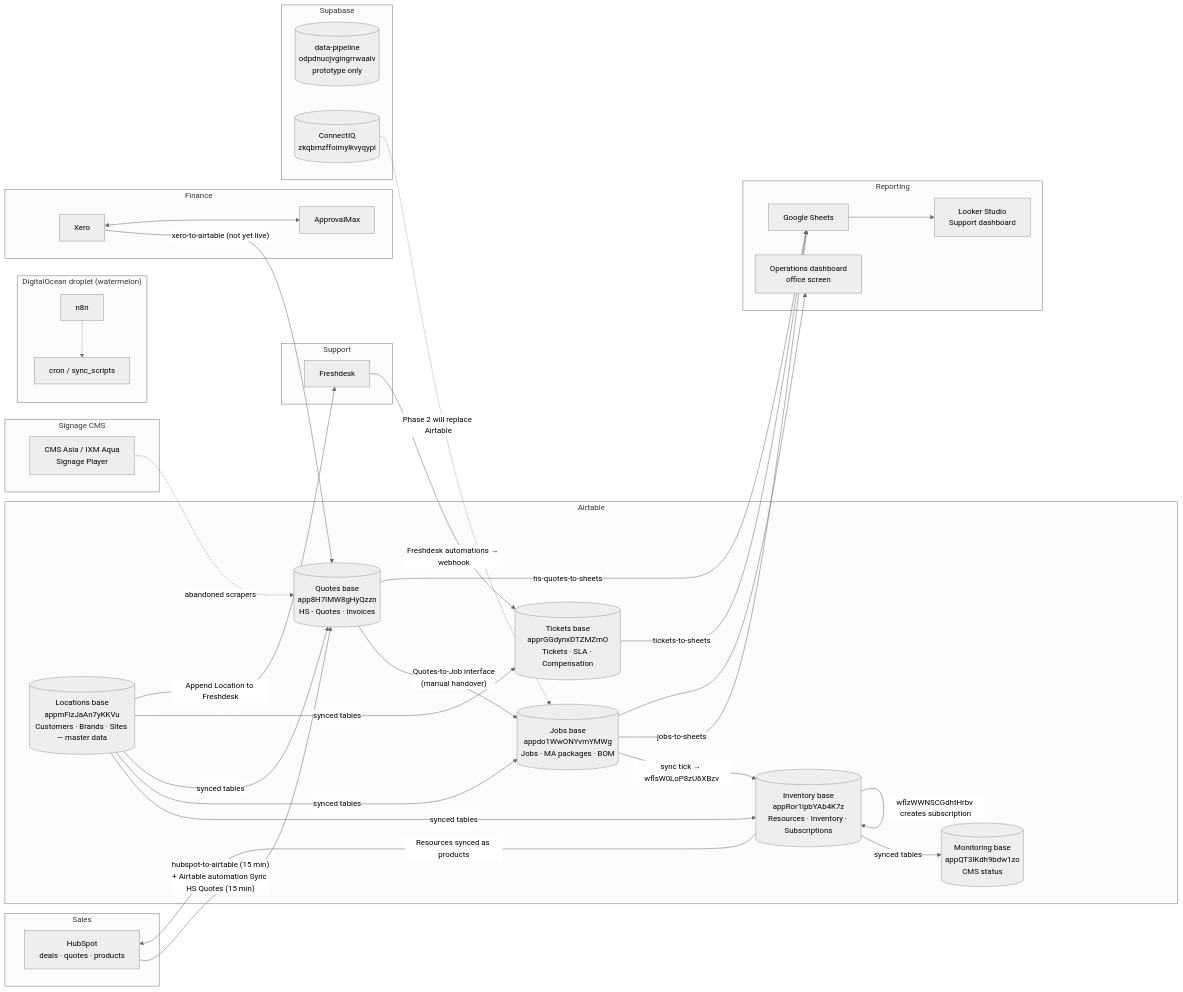
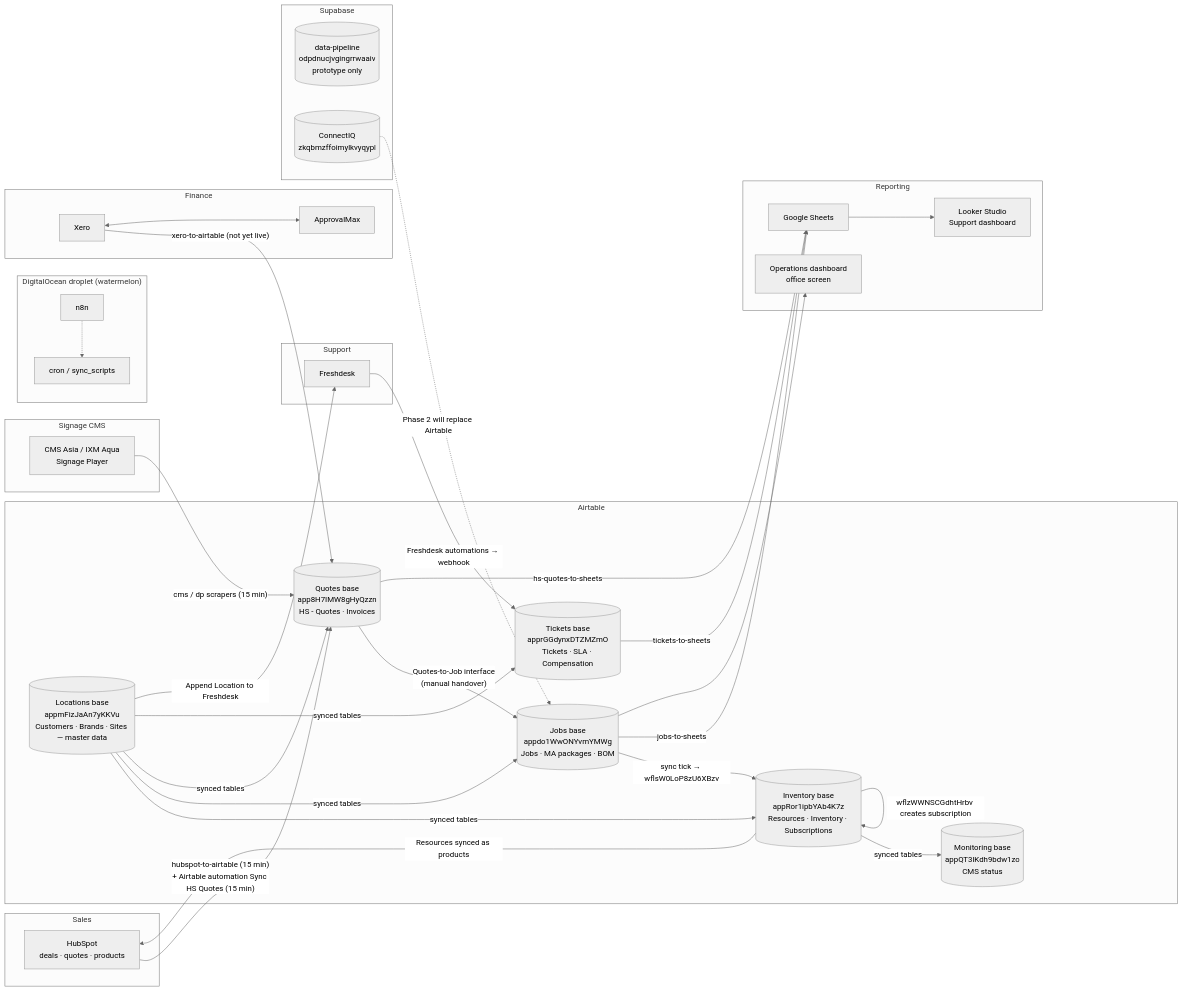
Before and after one commit to giant-pumpkin/boss-handover: the diagram in SYSTEM-MAP.md, drawn with Mermaid (neutral theme). The commit also changed 60 other files, not shown here.

````diff
--- a/SYSTEM-MAP.md
+++ b/SYSTEM-MAP.md
@@ -5,69 +5,69 @@
 ```mermaid
 flowchart LR
     subgraph Sales
         HS[HubSpot<br/>deals · quotes · products]
     end
 
     subgraph Airtable
         INV[(Inventory base<br/>appRor1ipbYAb4K7z<br/>Resources · Inventory · Subscriptions)]
         QUO[(Quotes base<br/>app8H7IMW8gHyQzzn<br/>HS - Quotes · Invoices)]
         JOB[(Jobs base<br/>appdo1WwONYvmYMWg<br/>Jobs · MA packages · BOM)]
         TIX[(Tickets base<br/>apprGGdynxDTZMZmO<br/>Tickets · SLA · Compensation)]
         LOC[(Locations base<br/>appmFizJaAn7yKKVu<br/>Customers · Brands · Sites — master data)]
         MON[(Monitoring base<br/>appQT3lKdh9bdw1zo<br/>CMS status)]
     end
 
     subgraph Support
         FD[Freshdesk]
     end
 
     subgraph Finance
         XERO[Xero]
         AM[ApprovalMax]
     end
 
     subgraph Droplet["DigitalOcean droplet (watermelon)"]
         N8N[n8n]
         CRON[cron / sync_scripts]
     end
 
     subgraph Supabase
         SB1[(data-pipeline<br/>odpdnucjvgingrrwaaiv<br/>prototype only)]
         SB2[(ConnectIQ<br/>zkqbmzffoimylkvyqypl)]
     end
 
     subgraph Reporting
         SH[Google Sheets]
         LS[Looker Studio<br/>Support dashboard]
         OPS[Operations dashboard<br/>office screen]
     end
 
     subgraph Signage["Signage CMS"]
         CMS[CMS Asia / IXM Aqua<br/>Signage Player]
     end
 
     LOC -- "synced tables" --> INV
     LOC -- "synced tables" --> JOB
     LOC -- "synced tables" --> QUO
     LOC -- "synced tables" --> TIX
     LOC -- "Append Location to Freshdesk" --> FD
     INV -- "synced tables" --> MON
     INV -- "Resources synced as products" --> HS
     HS -- "hubspot-to-airtable (15 min)<br/>+ Airtable automation Sync HS Quotes (15 min)" --> QUO
     QUO -- "Quotes-to-Job interface<br/>(manual handover)" --> JOB
     JOB -- "sync tick → wflsW0LoP8zU6XBzv" --> INV
     INV -- "wflzWWNSCGdhtHrbv creates subscription" --> INV
     FD -- "Freshdesk automations → webhook" --> TIX
     JOB -- "jobs-to-sheets" --> SH
     TIX -- "tickets-to-sheets" --> SH
     QUO -- "hs-quotes-to-sheets" --> SH
     SH --> LS
     JOB --> OPS
     XERO -- "xero-to-airtable (not yet live)" --> QUO
     XERO <--> AM
-    CMS -. "abandoned scrapers" .-> QUO
+    CMS -- "cms / dp scrapers (15 min)" --> QUO
     N8N -.-> CRON
     SB2 -. "Phase 2 will replace Airtable" .-> JOB
 
     classDef todo stroke-dasharray: 5 5
 ```
````
